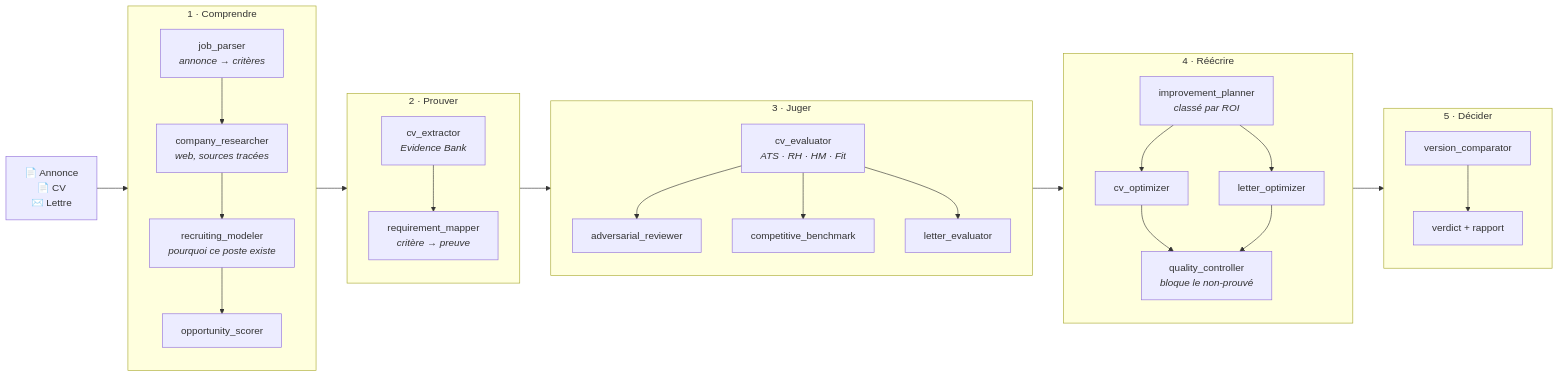
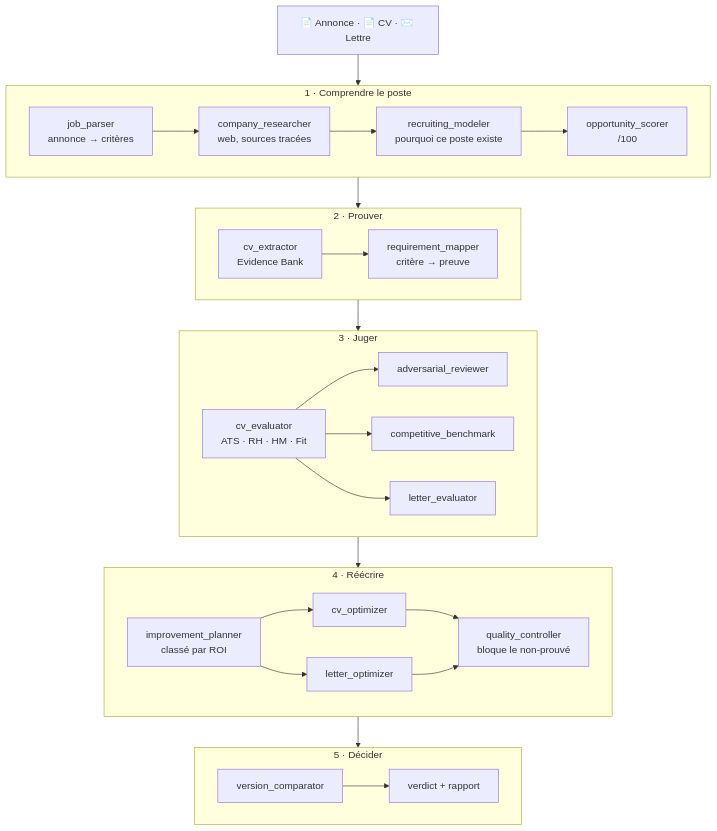
The diagram in README.md (spykernv/open-ats), drawn with Mermaid before and after one commit. The commit also changed 1 other file, not shown here.

Commit message:
docs: make the pipeline diagram readable in a README column
The flowchart rendered 2510px wide, which GitHub scales down to the column
width — the node text ended up unreadable. Lay the phases out vertically with
horizontal internal flow (1152px wide) and drop the <i> tags, which are not
reliable inside mermaid node labels.

````diff
--- a/README.md
+++ b/README.md
@@ -126,38 +126,34 @@
 ```mermaid
-flowchart LR
-  IN["📄 Annonce<br/>📄 CV<br/>✉️ Lettre"] --> P1
+flowchart TB
+  IN["📄 Annonce · 📄 CV · ✉️ Lettre"] --> P1
 
-  subgraph P1["1 · Comprendre"]
-    direction TB
-    a1["job_parser<br/><i>annonce → critères</i>"] --> a2["company_researcher<br/><i>web, sources tracées</i>"]
-    a2 --> a3["recruiting_modeler<br/><i>pourquoi ce poste existe</i>"]
-    a3 --> a4["opportunity_scorer"]
+  subgraph P1["1 · Comprendre le poste"]
+    direction LR
+    a1["job_parser<br/>annonce → critères"] --> a2["company_researcher<br/>web, sources tracées"] --> a3["recruiting_modeler<br/>pourquoi ce poste existe"] --> a4["opportunity_scorer<br/>/100"]
   end
 
   subgraph P2["2 · Prouver"]
-    direction TB
-    b1["cv_extractor<br/><i>Evidence Bank</i>"] --> b2["requirement_mapper<br/><i>critère → preuve</i>"]
+    direction LR
+    b1["cv_extractor<br/>Evidence Bank"] --> b2["requirement_mapper<br/>critère → preuve"]
   end
 
   subgraph P3["3 · Juger"]
-    direction TB
-    c1["cv_evaluator<br/><i>ATS · RH · HM · Fit</i>"] --> c2["adversarial_reviewer"]
+    direction LR
+    c1["cv_evaluator<br/>ATS · RH · HM · Fit"] --> c2["adversarial_reviewer"]
     c1 --> c3["competitive_benchmark"]
     c1 --> c4["letter_evaluator"]
   end
 
   subgraph P4["4 · Réécrire"]
-    direction TB
-    d1["improvement_planner<br/><i>classé par ROI</i>"] --> d2["cv_optimizer"]
-    d1 --> d3["letter_optimizer"]
-    d2 --> d4["quality_controller<br/><i>bloque le non-prouvé</i>"]
-    d3 --> d4
+    direction LR
+    d1["improvement_planner<br/>classé par ROI"] --> d2["cv_optimizer"] --> d4["quality_controller<br/>bloque le non-prouvé"]
+    d1 --> d3["letter_optimizer"] --> d4
   end
 
   subgraph P5["5 · Décider"]
-    direction TB
+    direction LR
     e1["version_comparator"] --> e2["verdict + rapport"]
   end
 
   P1 --> P2 --> P3 --> P4 --> P5
 ```
````
